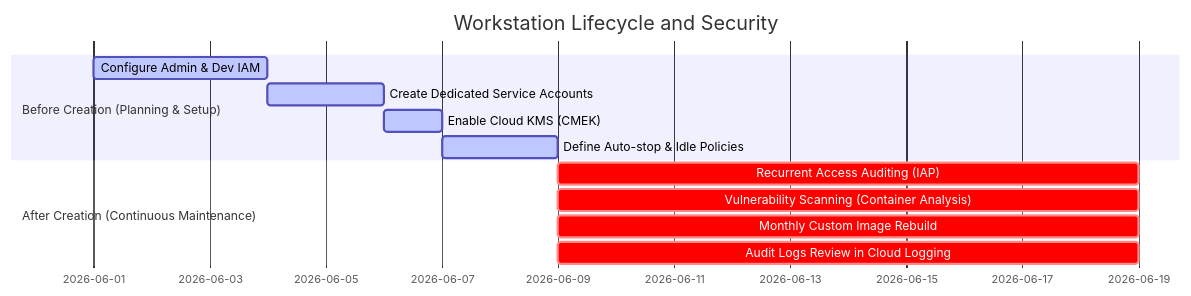
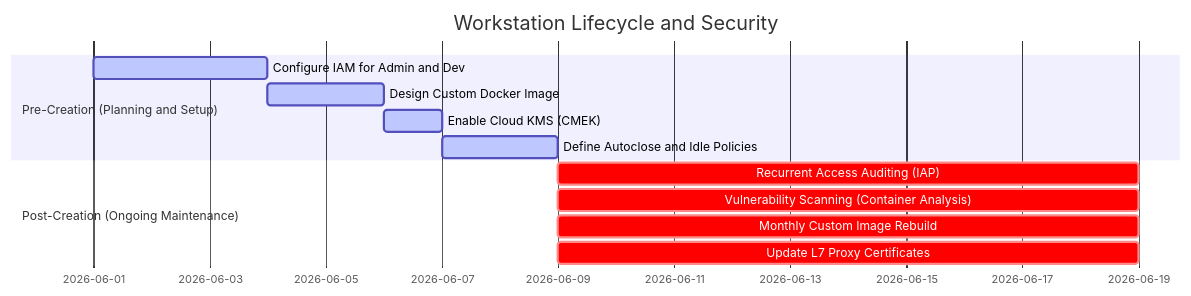
One commit to sahvieirag/cloud-workstations-custom changed the first of 2 diagrams in docs/maintenance_access_control_best_practices_en.md. Above: the diagram before and after it, drawn with Mermaid. The commit also changed other lines of this file and 8 other files, not shown here.

Commit message:
docs: add custom image requirements, flexibility note, and update README

````diff
--- a/docs/maintenance_access_control_best_practices_en.md
+++ b/docs/maintenance_access_control_best_practices_en.md
@@ -13,15 +13,15 @@
 ```mermaid
 gantt
     title Workstation Lifecycle and Security
     dateFormat  YYYY-MM-DD
-    section Before Creation (Planning & Setup)
-    Configure Admin & Dev IAM               :active, first_iam, 2026-06-01, 3d
-    Create Dedicated Service Accounts       :active, service_acct, after first_iam, 2d
-    Enable Cloud KMS (CMEK)                 :active, kms_setup, after service_acct, 1d
-    Define Auto-stop & Idle Policies       :active, policy_def, after kms_setup, 2d
-    section After Creation (Continuous Maintenance)
-    Recurrent Access Auditing (IAP)         :crit, access_audit, after policy_def, 10d
+    section Pre-Creation (Planning and Setup)
+    Configure IAM for Admin and Dev        :active, first_iam, 2026-06-01, 3d
+    Design Custom Docker Image             :active, docker_design, after first_iam, 2d
+    Enable Cloud KMS (CMEK)                :active, kms_setup, after docker_design, 1d
+    Define Autoclose and Idle Policies    :active, policy_def, after kms_setup, 2d
+    section Post-Creation (Ongoing Maintenance)
+    Recurrent Access Auditing (IAP)        :crit, access_audit, after policy_def, 10d
     Vulnerability Scanning (Container Analysis) :crit, vuln_scan, after policy_def, 10d
-    Monthly Custom Image Rebuild            :crit, image_rebuild, after policy_def, 10d
-    Audit Logs Review in Cloud Logging      :crit, log_review, after policy_def, 10d
+    Monthly Custom Image Rebuild           :crit, image_rebuild, after policy_def, 10d
+    Update L7 Proxy Certificates           :crit, cert_update, after policy_def, 10d
 ```
````
